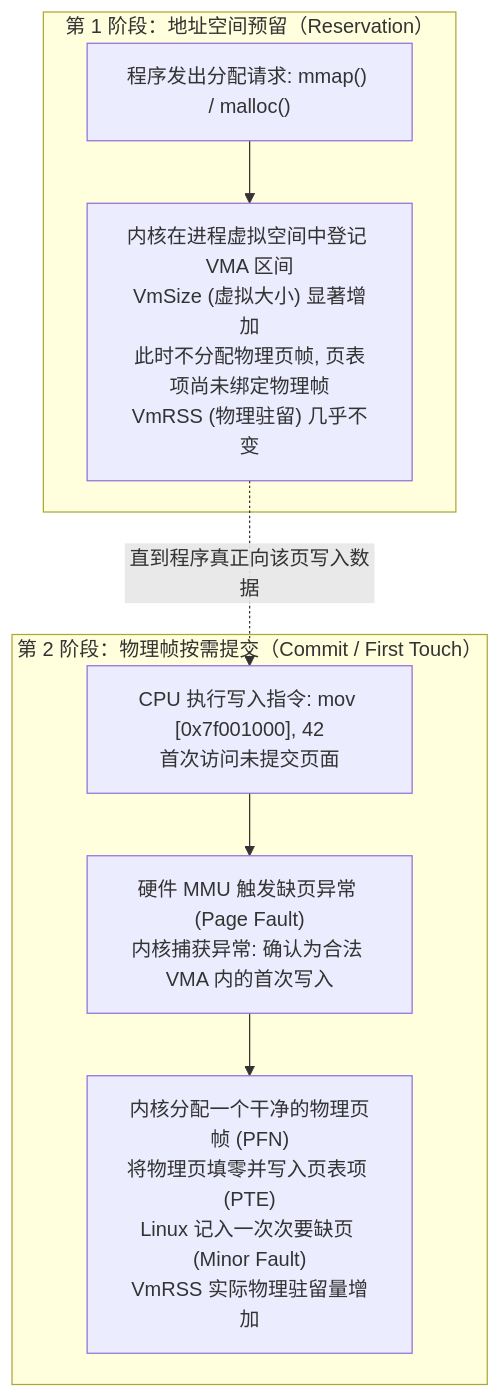
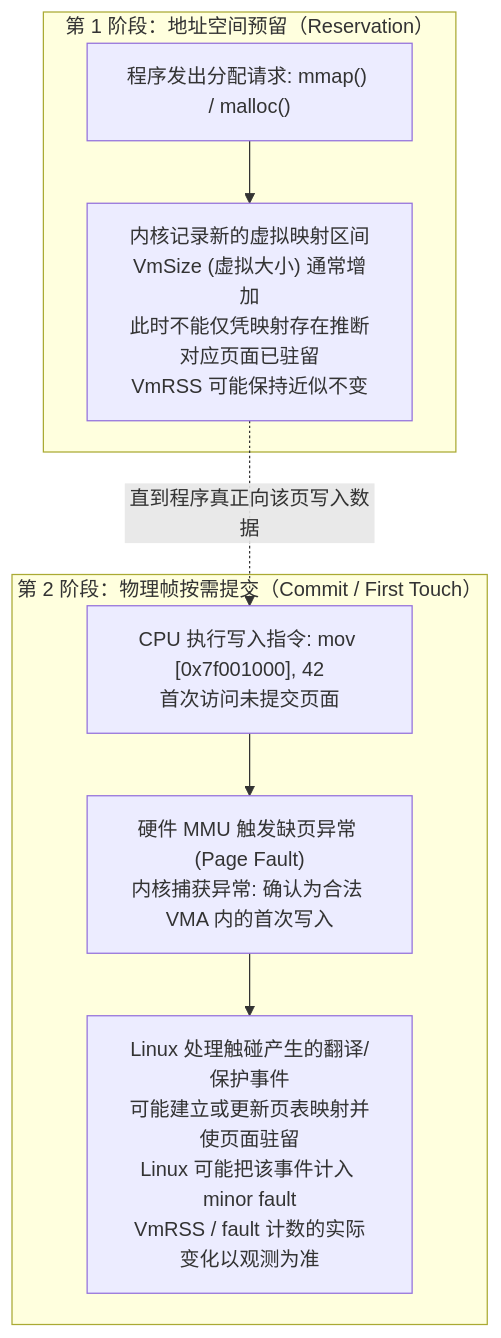
Before and after one commit to CN-JJB/essential-cs: the first of 2 diagrams in book/07-virtual-memory-isolation/L07-02.md, drawn with Mermaid. The commit also changed other lines of this file, not shown here.

Commit message:
Lead SIMPLE FIX: bound residency, minor-fault, and OOM claims

````diff
--- a/book/07-virtual-memory-isolation/L07-02.md
+++ b/book/07-virtual-memory-isolation/L07-02.md
@@ -44,18 +44,18 @@
 ```mermaid
 flowchart TB
     subgraph Phase1["第 1 阶段：地址空间预留（Reservation）"]
         REQ["程序发出分配请求: mmap() / malloc()"]
-        VMA["内核在进程虚拟空间中登记 VMA 区间\nVmSize (虚拟大小) 显著增加\n此时不分配物理页帧, 页表项尚未绑定物理帧\nVmRSS (物理驻留) 几乎不变"]
+        VMA["内核记录新的虚拟映射区间\nVmSize (虚拟大小) 通常增加\n此时不能仅凭映射存在推断对应页面已驻留\nVmRSS 可能保持近似不变"]
     end
 
     subgraph Phase2["第 2 阶段：物理帧按需提交（Commit / First Touch）"]
         WRITE["CPU 执行写入指令: mov [0x7f001000], 42\n首次访问未提交页面"]
         FAULT["硬件 MMU 触发缺页异常 (Page Fault)\n内核捕获异常: 确认为合法 VMA 内的首次写入"]
-        BIND["内核分配一个干净的物理页帧 (PFN)\n将物理页填零并写入页表项 (PTE)\nLinux 记入一次次要缺页 (Minor Fault)\nVmRSS 实际物理驻留量增加"]
+        BIND["Linux 处理触碰产生的翻译/保护事件\n可能建立或更新页表映射并使页面驻留\nLinux 可能把该事件计入 minor fault\nVmRSS / fault 计数的实际变化以观测为准"]
     end
 
     REQ --> VMA
     VMA -.->|"直到程序真正向该页写入数据"| WRITE
     WRITE --> FAULT
     FAULT --> BIND
 ```
````
